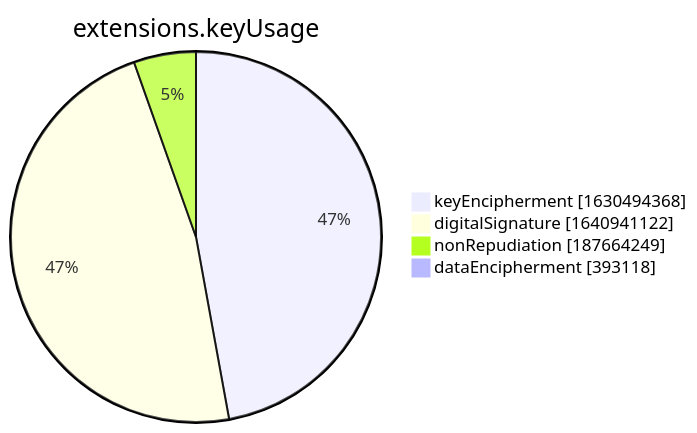
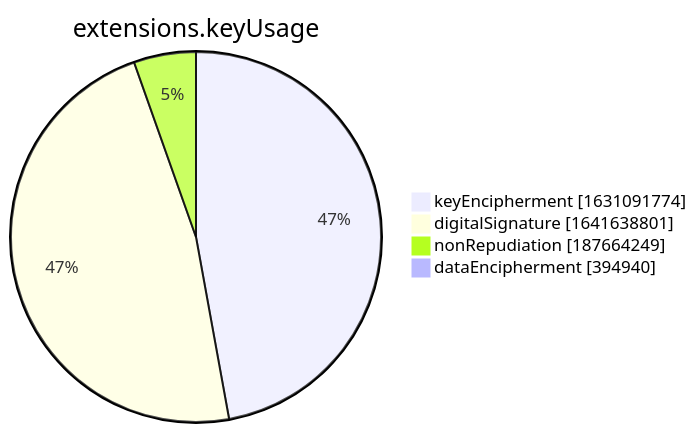
One commit to christiankrug/ctmonitor_visualization changed the seventh of 15 diagrams in xenon2022/README.md. Above: the diagram before and after it, drawn with Mermaid. The commit also changed other lines of this file, not shown here.

````diff
--- a/xenon2022/README.md
+++ b/xenon2022/README.md
@@ -2855,8 +2855,8 @@
 ```mermaid
 pie showData
 title extensions.keyUsage
-"keyEncipherment" :1630494368
-"digitalSignature" :1640941122
+"keyEncipherment" :1631091774
+"digitalSignature" :1641638801
 "nonRepudiation" :187664249
-"dataEncipherment" :393118
+"dataEncipherment" :394940
 ```
````
